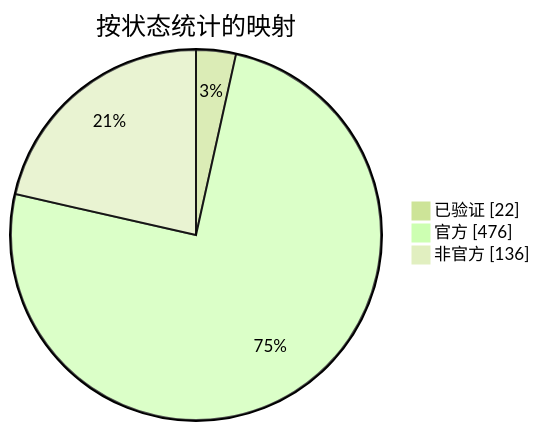
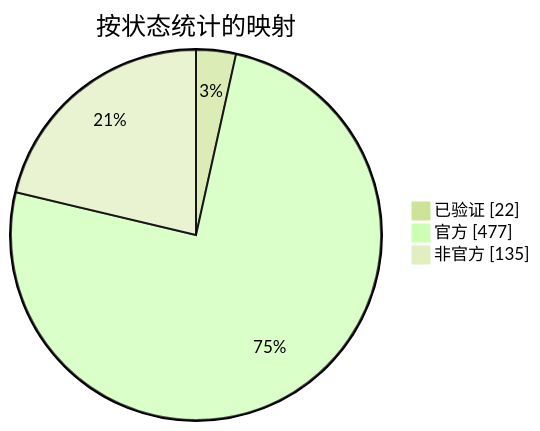
One commit to nobrega8/mbmap-library changed the diagram in docs/readme/README_ZHS.md. Above: the diagram before and after it, drawn with Mermaid (forest theme). The commit also changed 8 other files, not shown here.

````diff
--- a/docs/readme/README_ZHS.md
+++ b/docs/readme/README_ZHS.md
@@ -54,7 +54,7 @@
 ```mermaid
 pie showData
     title 按状态统计的映射
     "已验证" : 22
-    "官方" : 476
-    "非官方" : 136
+    "官方" : 477
+    "非官方" : 135
 ```
````
